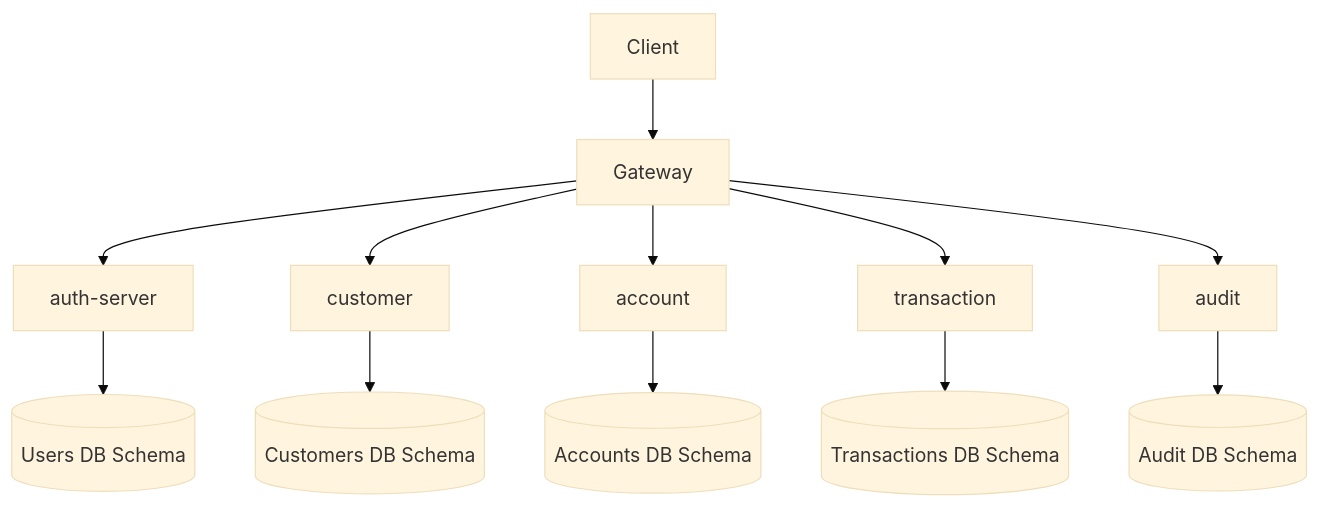
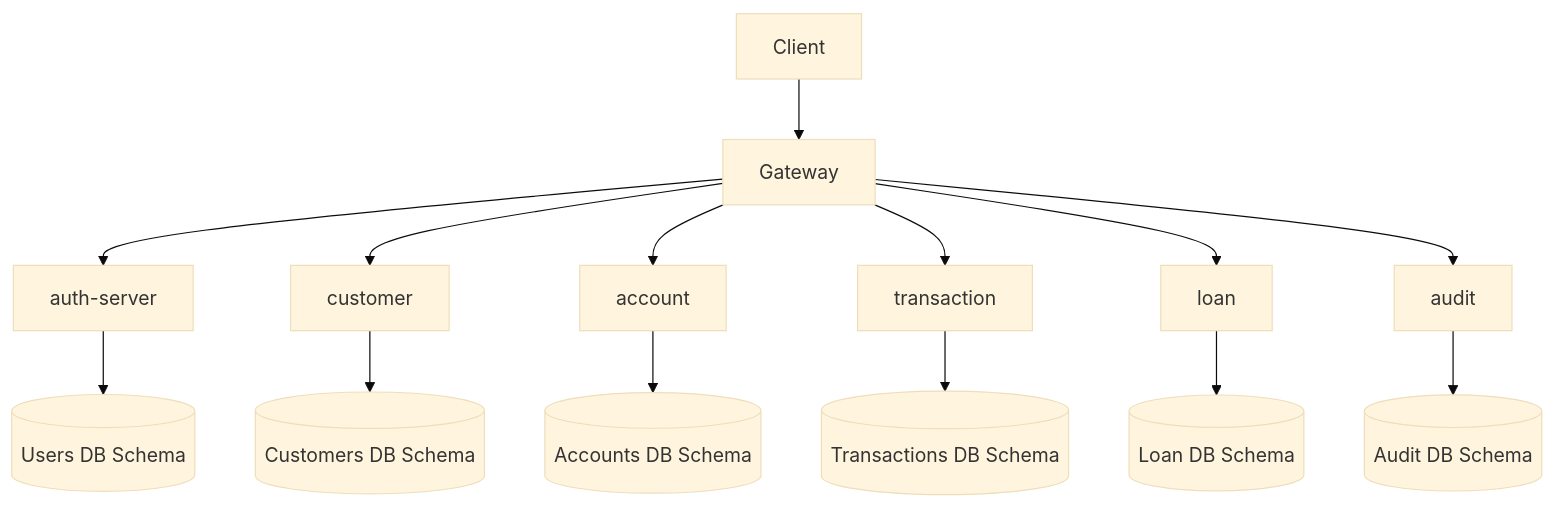
Before and after one commit to Lfav07/amerbank-micro: the first of 3 diagrams in README.md, drawn with Mermaid (base theme). The commit also changed other lines of this file and 1 other file, not shown here.

Commit message:
feat: document loan microservice

````diff
--- a/README.md
+++ b/README.md
@@ -96,14 +97,16 @@
 ```mermaid
 graph TD
   Client --> Gateway
   Gateway --> auth-server
   Gateway --> customer
   Gateway --> account
   Gateway --> transaction
+  Gateway --> loan
   Gateway --> audit
   audit --> AuditDB[(Audit DB Schema)]
   auth-server --> UsersDB[(Users DB Schema)]
   customer --> CustomersDB[(Customers DB Schema)]
   account --> AccountDB[(Accounts DB Schema)]
   transaction --> transactionDB[(Transactions DB Schema)]
+  loan --> LoanDB[(Loan DB Schema)]
 ```
````
